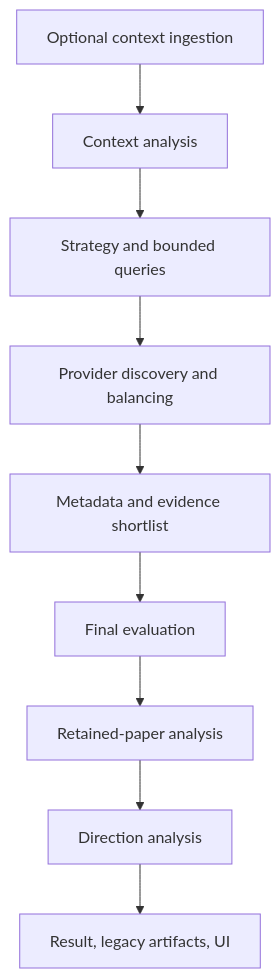
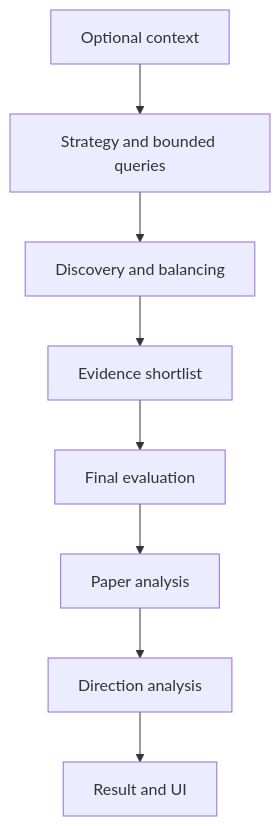
One commit to pgailinas/project0 changed the second of 2 diagrams in docs/agents/research/Research_Agent_Architecture.md. Above: the diagram before and after it, drawn with Mermaid. The commit also changed other lines of this file and 1 other file, not shown here.

Commit message:
Update 2 Architecture documents

````diff
--- a/docs/agents/research/Research_Agent_Architecture.md
+++ b/docs/agents/research/Research_Agent_Architecture.md
@@ -68,21 +68,10 @@
-~~~mermaid
+```mermaid
 flowchart TD
-    C["Optional context ingestion"]
-    X["Context analysis"]
-    Q["Strategy and bounded queries"]
-    D["Provider discovery and balancing"]
-    M["Metadata and evidence shortlist"]
-    V["Final evaluation"]
-    P["Retained-paper analysis"]
-    R["Direction analysis"]
-    Z["Result, legacy artifacts, UI"]
-
-    C --> X
-    X --> Q
-    Q --> D
-    D --> M
-    M --> V
-    V --> P
-    P --> R
-    R --> Z
-~~~
+    C["Optional context"] --> S["Strategy and bounded queries"]
+    S --> D["Discovery and balancing"]
+    D --> E["Evidence shortlist"]
+    E --> V["Final evaluation"]
+    V --> P["Paper analysis"]
+    P --> R["Direction analysis"]
+    R --> O["Result and UI"]
+```
````
